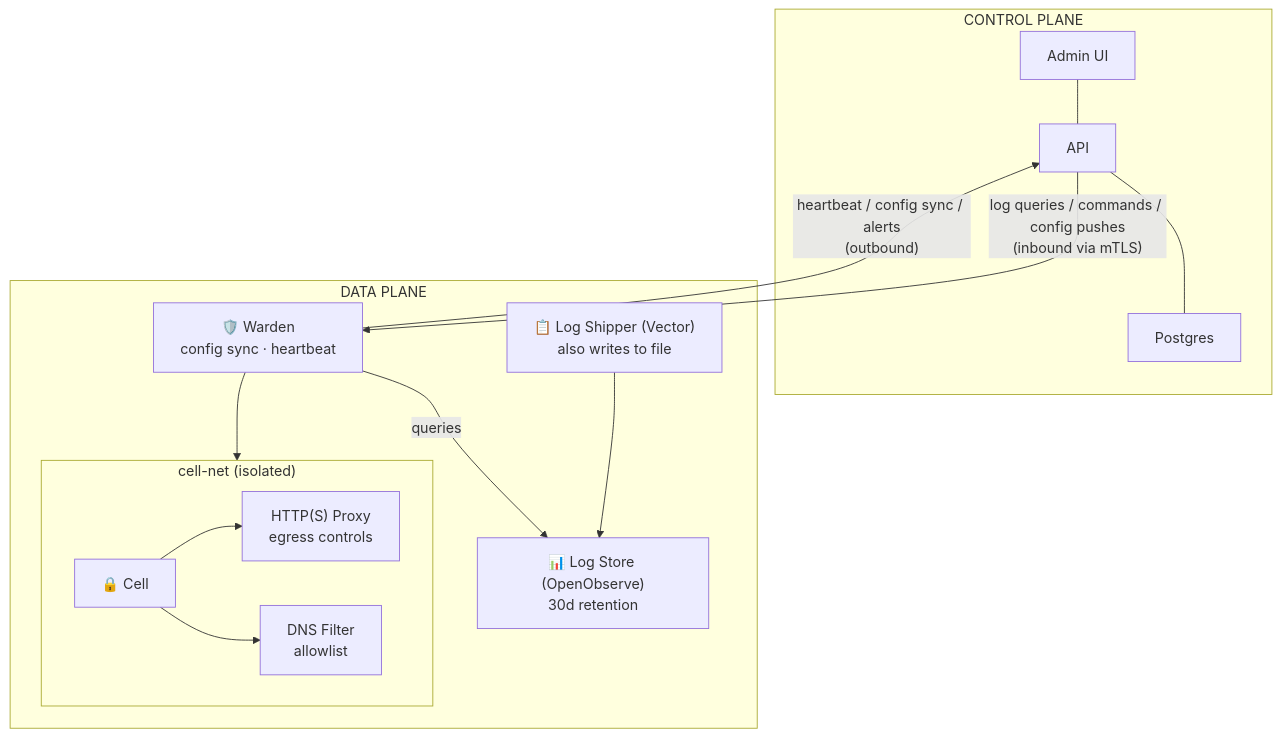
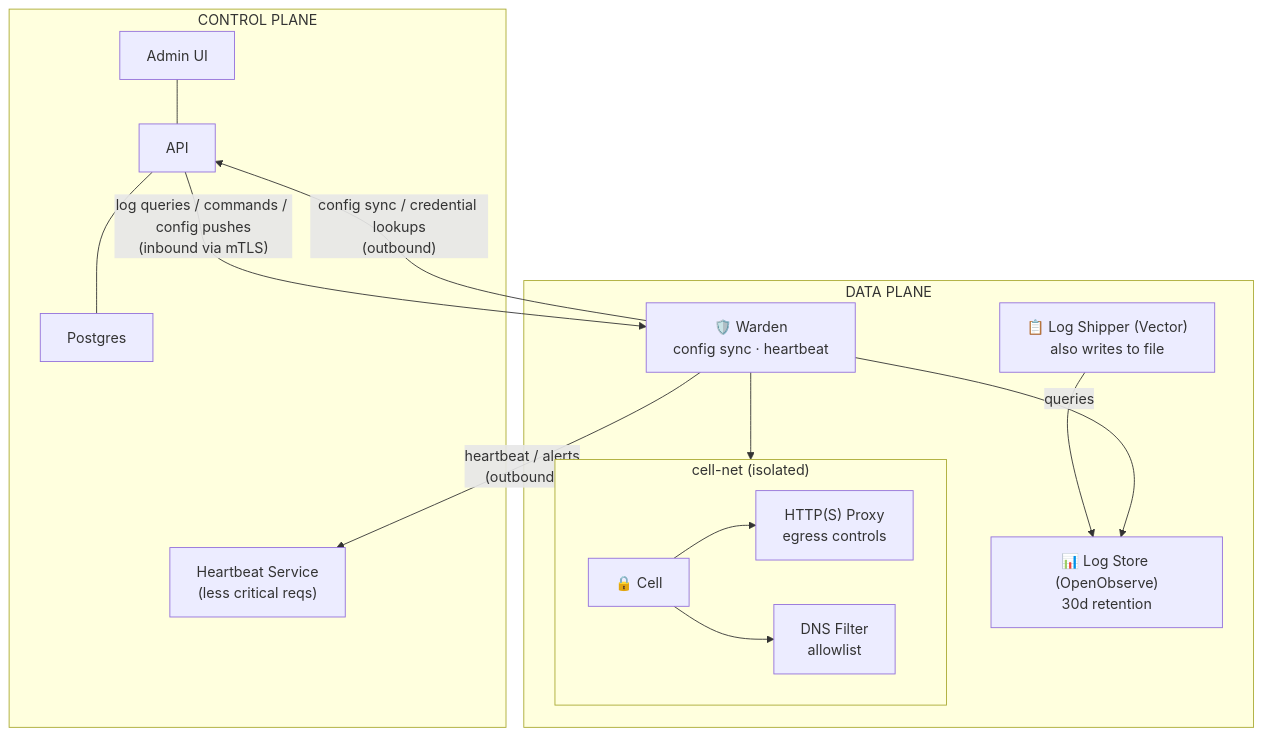
Before and after one commit to kashyaprpuranik/cagent: the fourth of 4 diagrams in README.md, drawn with Mermaid.

Commit message:
Add Heartbeat Service to Connected Mode diagram
Split outbound arrows: config sync/credential lookups go to API,
heartbeat/alerts go to separate Heartbeat Service (less critical reqs).

````diff
--- a/README.md
+++ b/README.md
@@ -210,28 +210,30 @@
 ```mermaid
 graph TD
     subgraph cp["CONTROL PLANE"]
         UI["Admin UI"] --- API["API"] --- DB["Postgres"]
+        HBS["Heartbeat Service<br/>(less critical reqs)"]
     end
 
     subgraph dp["DATA PLANE"]
         Warden["🛡️ Warden<br/>config sync · heartbeat"]
         Vector["📋 Log Shipper (Vector)<br/>also writes to file"]
         OO["📊 Log Store (OpenObserve)<br/>30d retention"]
 
         Vector --> OO
         Warden -- "queries" --> OO
 
         subgraph cellnet["cell-net (isolated)"]
             Cell["🔒 Cell"]
             HP["HTTP(S) Proxy<br/>egress controls"]
             DNS["DNS Filter<br/>allowlist"]
             Cell --> HP
             Cell --> DNS
         end
 
         Warden --> cellnet
     end
 
-    Warden -- "heartbeat / config sync / alerts<br/>(outbound)" --> API
+    Warden -- "config sync / credential lookups<br/>(outbound)" --> API
+    Warden -- "heartbeat / alerts<br/>(outbound)" --> HBS
     API -- "log queries / commands / config pushes<br/>(inbound via mTLS)" --> Warden
 ```
````
